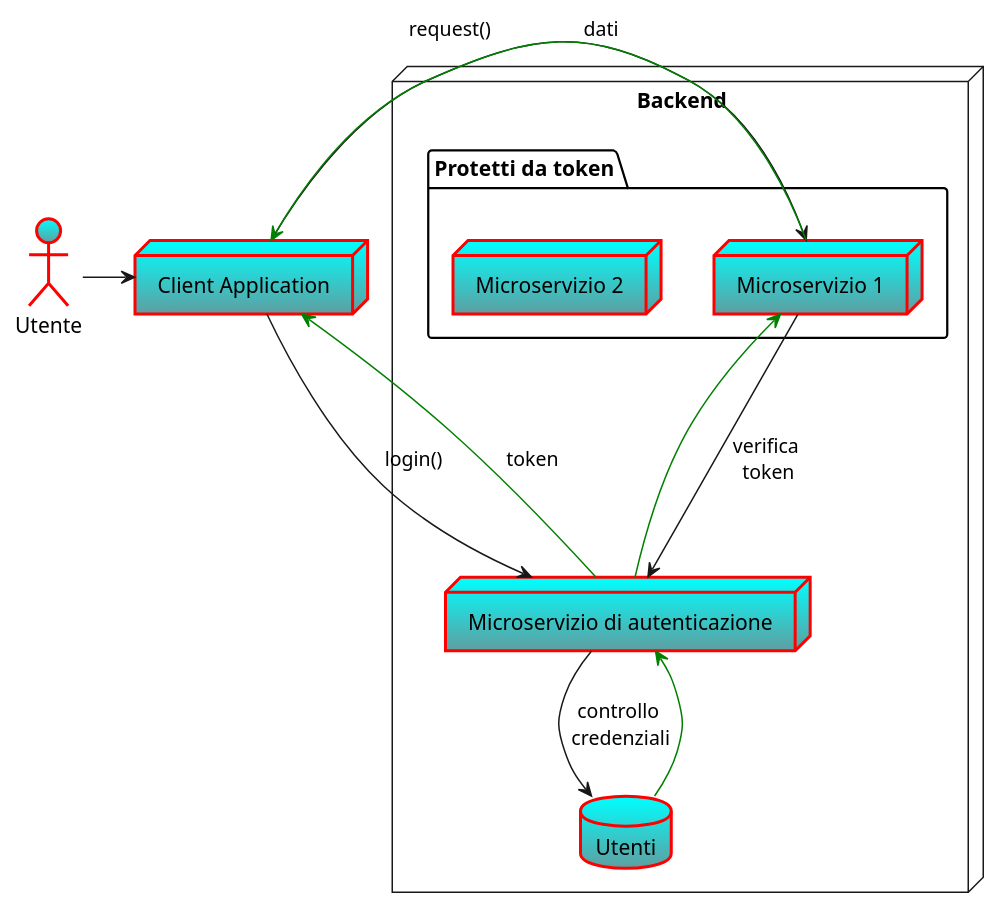
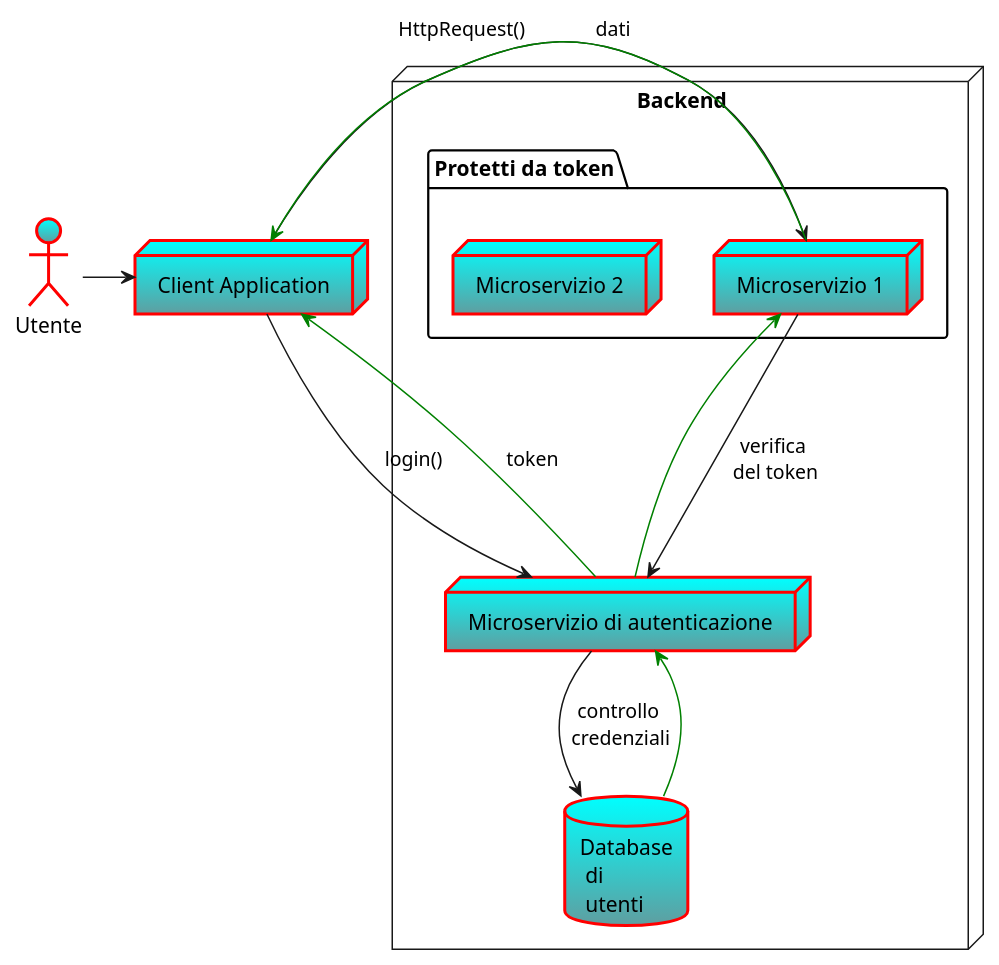
The diagram in docs/uml/token.puml (ALIENK9/Canteen), drawn with PlantUML before and after one commit. The commit also changed 42 other files, not shown here.

Commit message:
Fixed UML diagrams and removed comments

```diff
--- a/docs/uml/token.puml
+++ b/docs/uml/token.puml
@@ -1,31 +1,31 @@
 @startuml token
 skinparam titleBorderRoundCorner 15
 skinparam titleBorderThickness 2
 skinparam titleBorderColor red
 skinparam titleBackgroundColor Aqua-CadetBlue
 
 
 node Backend {
   node "Microservizio di autenticazione" as auth
-  database Utenti as db
+  database "Database\n di \n utenti" as db
   folder "Protetti da token" {
     node "Microservizio 1" as dish
     node "Microservizio 2"
   } 
 }
 
 actor Utente as user
 
 node "Client Application" as client
 
 
 user -> client
 client ---> auth : login()
 auth -> db : controllo\n credenziali
 db -[#green]-> auth
 client <-[#green]- auth : token
-client -> dish : request()
-dish ---> auth : verifica \ntoken
+client -> dish : HttpRequest()
+dish ---> auth : verifica \ndel token
 auth -[#green]-> dish
 dish -[#green]-> client : dati
 @enduml
```
